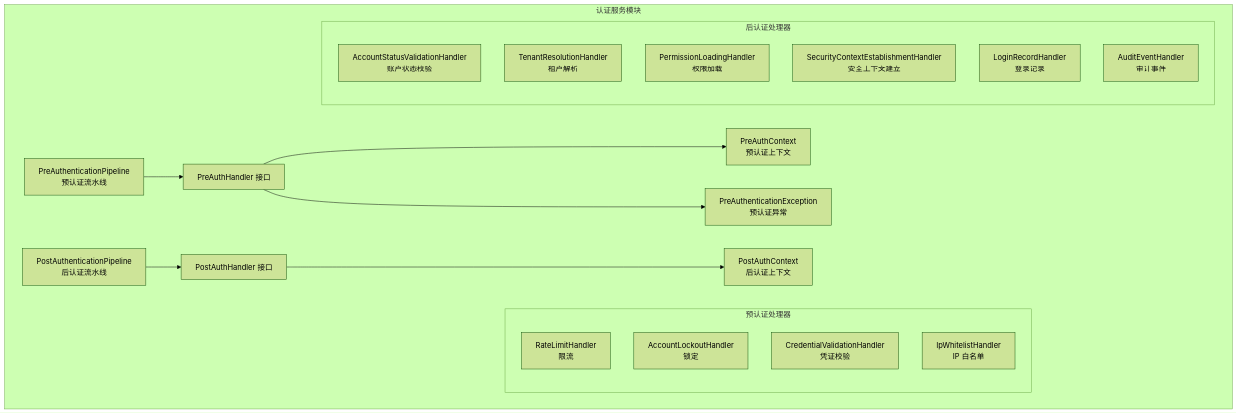
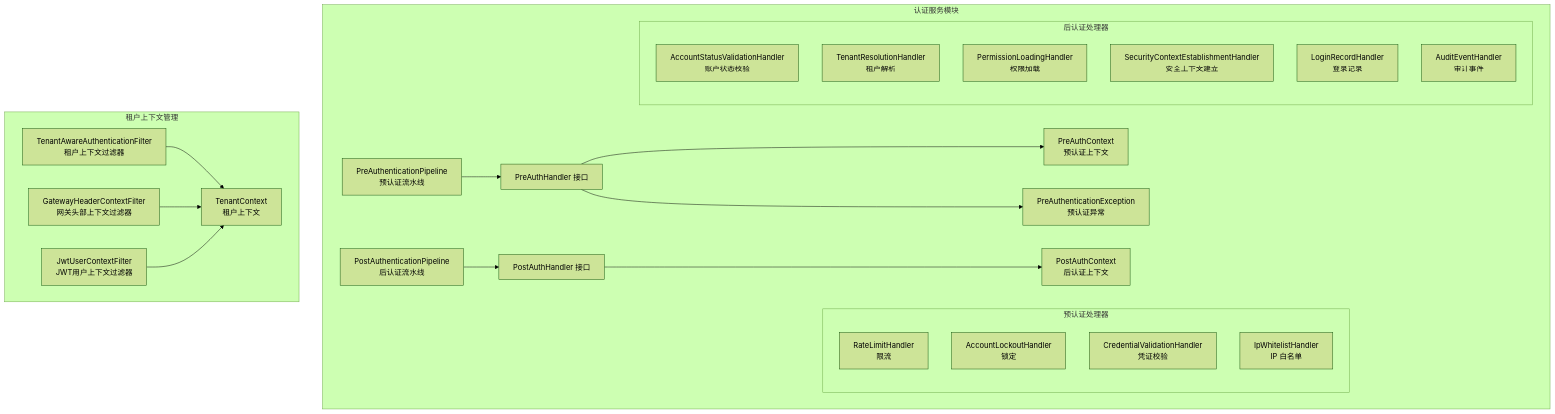
One commit to fq0121104930716/iam-platform changed the first of 9 diagrams in .qoder/repowiki/zh/content/认证与授权/认证管道.md. Above: the diagram before and after it, drawn with Mermaid (forest theme). The commit also changed other lines of this file and 13 other files, not shown here.

````diff
--- a/.qoder/repowiki/zh/content/认证与授权/认证管道.md
+++ b/.qoder/repowiki/zh/content/认证与授权/认证管道.md
@@ -43,31 +60,40 @@
 ```mermaid
 graph TB
 subgraph "认证服务模块"
 PAP["PreAuthenticationPipeline<br/>预认证流水线"]
 POP["PostAuthenticationPipeline<br/>后认证流水线"]
 PH["PreAuthHandler 接口"]
 PAH["PostAuthHandler 接口"]
 PAC["PreAuthContext<br/>预认证上下文"]
 PACtx["PostAuthContext<br/>后认证上下文"]
 EXC["PreAuthenticationException<br/>预认证异常"]
 subgraph "预认证处理器"
 RHL["RateLimitHandler<br/>限流"]
 ALH["AccountLockoutHandler<br/>锁定"]
 CVH["CredentialValidationHandler<br/>凭证校验"]
 IPH["IpWhitelistHandler<br/>IP 白名单"]
 end
 subgraph "后认证处理器"
 ASV["AccountStatusValidationHandler<br/>账户状态校验"]
 TRH["TenantResolutionHandler<br/>租户解析"]
 PLH["PermissionLoadingHandler<br/>权限加载"]
 SCE["SecurityContextEstablishmentHandler<br/>安全上下文建立"]
 LRH["LoginRecordHandler<br/>登录记录"]
 AEH["AuditEventHandler<br/>审计事件"]
 end
 PAP --> PH
 POP --> PAH
 PH --> PAC
 PAH --> PACtx
 PH --> EXC
 end
+subgraph "租户上下文管理"
+TAF["TenantAwareAuthenticationFilter<br/>租户上下文过滤器"]
+THF["GatewayHeaderContextFilter<br/>网关头部上下文过滤器"]
+TC["TenantContext<br/>租户上下文"]
+JUCF["JwtUserContextFilter<br/>JWT用户上下文过滤器"]
+end
+TAF --> TC
+THF --> TC
+JUCF --> TC
 ```
````
